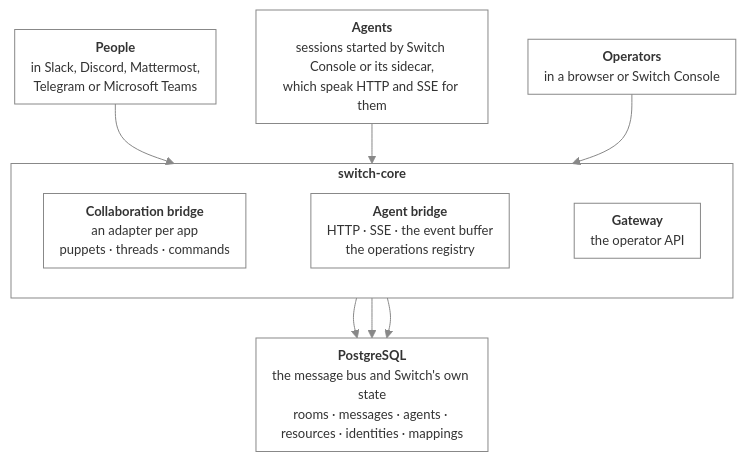
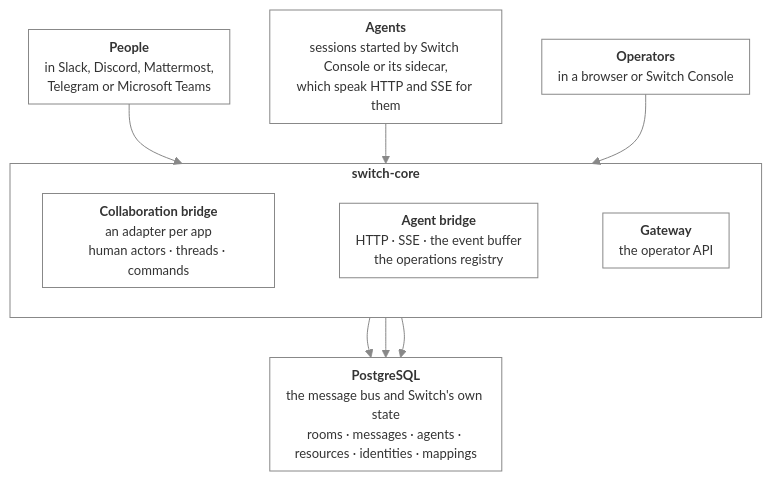
Before and after one commit to Chris-Willis/switch: the diagram in docs/official/internals/index.md, drawn with Mermaid. The commit also changed other lines of this file and 39 other files, not shown here.

First line of the commit message:
Call puppets human actors, the name the class already has

````diff
--- a/docs/official/internals/index.md
+++ b/docs/official/internals/index.md
@@ -13,29 +13,29 @@
 ```mermaid
 %%{init: {'themeVariables': {'fontSize': '13px'}, 'flowchart': {'padding': 8, 'nodeSpacing': 40, 'rankSpacing': 40}}}%%
 flowchart TB
   people["<b>People</b><br/>in Slack, Discord, Mattermost,<br/>Telegram or Microsoft Teams"]
   agents["<b>Agents</b><br/>sessions started by Switch Console or its sidecar,<br/>which speak HTTP and SSE for them"]
   operators["<b>Operators</b><br/>in a browser or Switch Console"]
 
   subgraph core["<b>switch-core</b>"]
     direction LR
-    collab["<b>Collaboration bridge</b><br/>an adapter per app<br/>puppets · threads · commands"]
+    collab["<b>Collaboration bridge</b><br/>an adapter per app<br/>human actors · threads · commands"]
     agentbridge["<b>Agent bridge</b><br/>HTTP · SSE · the event buffer<br/>the operations registry"]
     gateway["<b>Gateway</b><br/>the operator API"]
     collab ~~~ agentbridge ~~~ gateway
   end
 
   store["<b>PostgreSQL</b><br/>the message bus and Switch's own state<br/>rooms · messages · agents · resources · identities · mappings"]
 
   people --> collab
   agents --> agentbridge
   operators --> gateway
   collab --> store
   agentbridge --> store
   gateway --> store
 
   classDef plain fill:none,stroke:#888888,stroke-width:1px
   class people,agents,operators,collab,agentbridge,gateway,store plain
   style core fill:none,stroke:#888888,stroke-width:1px
   linkStyle default stroke:#888888
 ```
````
